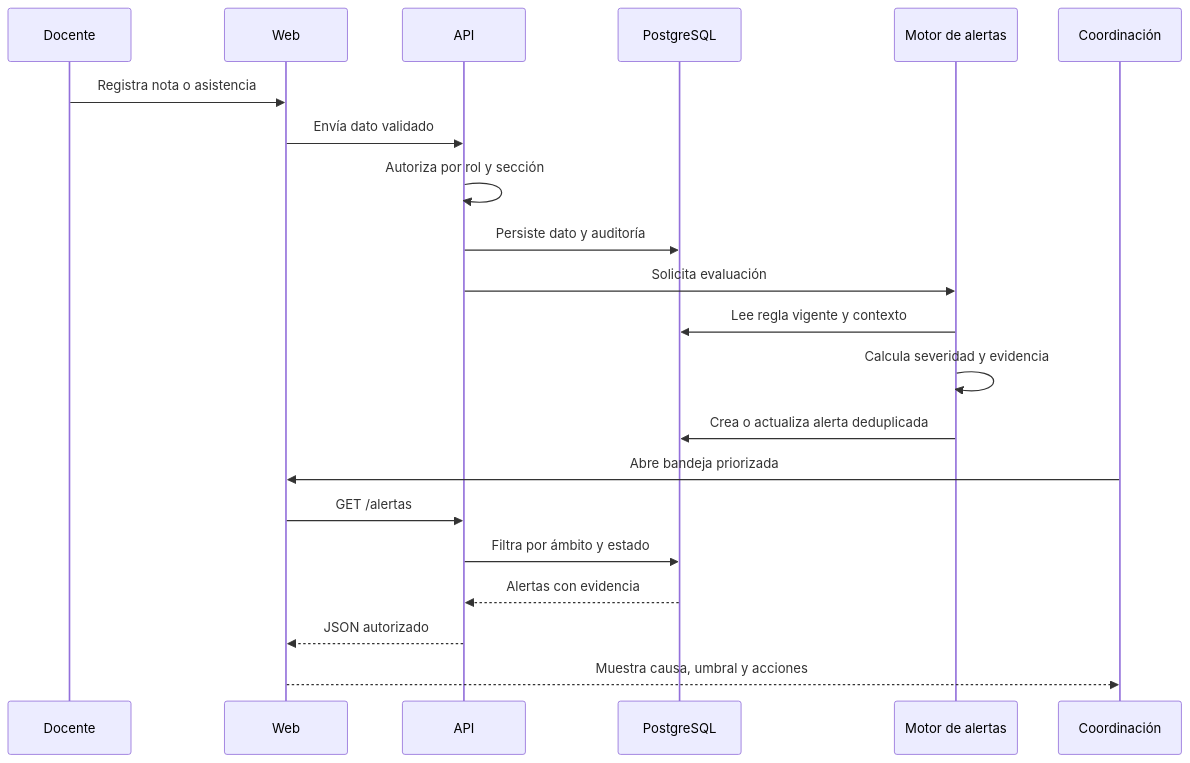
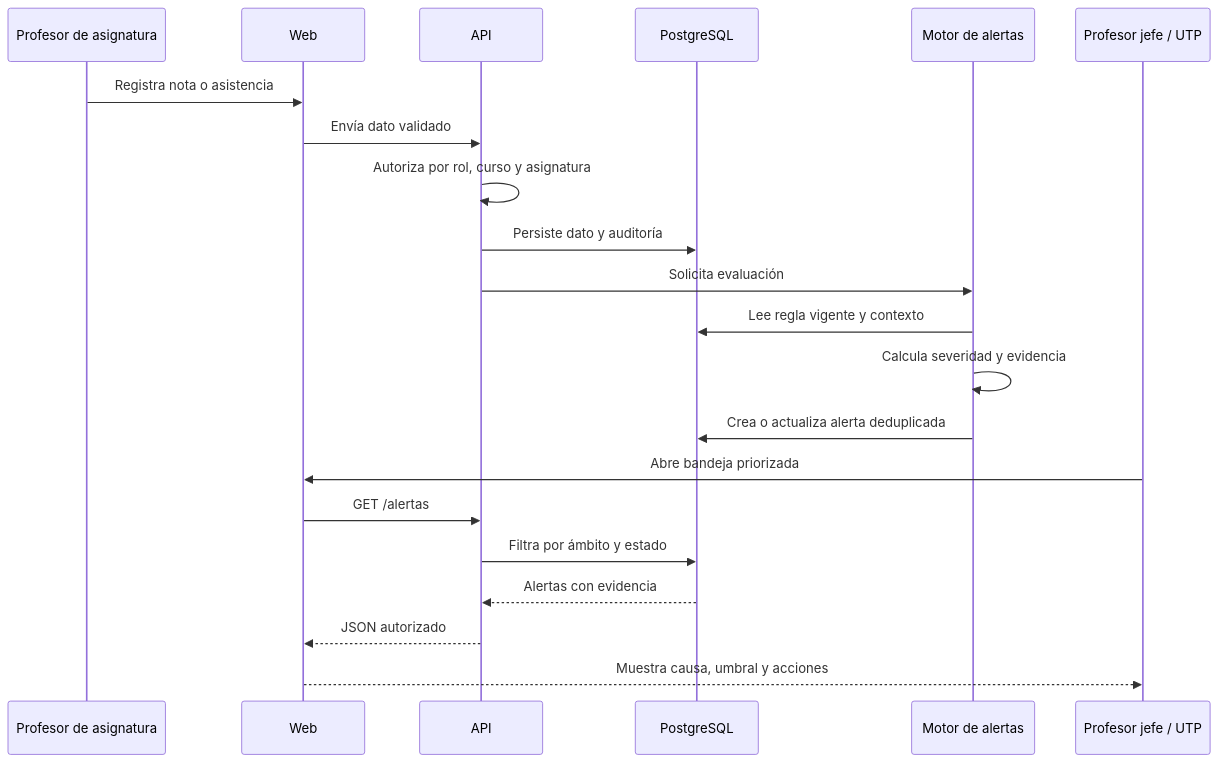
The second of 3 diagrams in SIGAA/docs/design/03-uml-casos-de-uso.md (joellopez775/Captsone), drawn with Mermaid before and after one commit. The commit also changed other lines of this file and 17 other files, not shown here.

````diff
--- a/SIGAA/docs/design/03-uml-casos-de-uso.md
+++ b/SIGAA/docs/design/03-uml-casos-de-uso.md
@@ -54,24 +60,24 @@
 ```mermaid
 sequenceDiagram
-    participant D as Docente
+    participant D as Profesor de asignatura
     participant W as Web
     participant A as API
     participant B as PostgreSQL
     participant M as Motor de alertas
-    participant C as Coordinación
+    participant C as Profesor jefe / UTP
 
     D->>W: Registra nota o asistencia
     W->>A: Envía dato validado
-    A->>A: Autoriza por rol y sección
+    A->>A: Autoriza por rol, curso y asignatura
     A->>B: Persiste dato y auditoría
     A->>M: Solicita evaluación
     M->>B: Lee regla vigente y contexto
     M->>M: Calcula severidad y evidencia
     M->>B: Crea o actualiza alerta deduplicada
     C->>W: Abre bandeja priorizada
     W->>A: GET /alertas
     A->>B: Filtra por ámbito y estado
     B-->>A: Alertas con evidencia
     A-->>W: JSON autorizado
     W-->>C: Muestra causa, umbral y acciones
 ```
````
